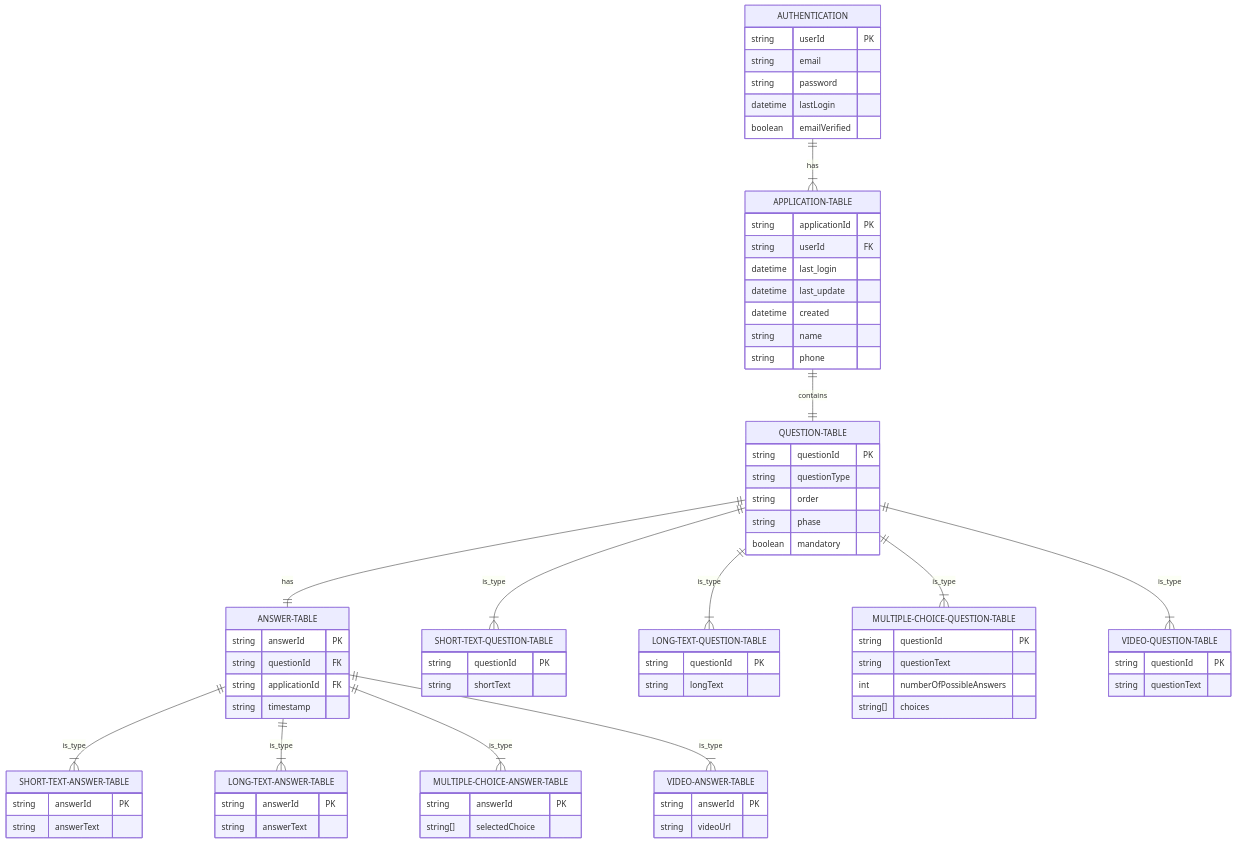
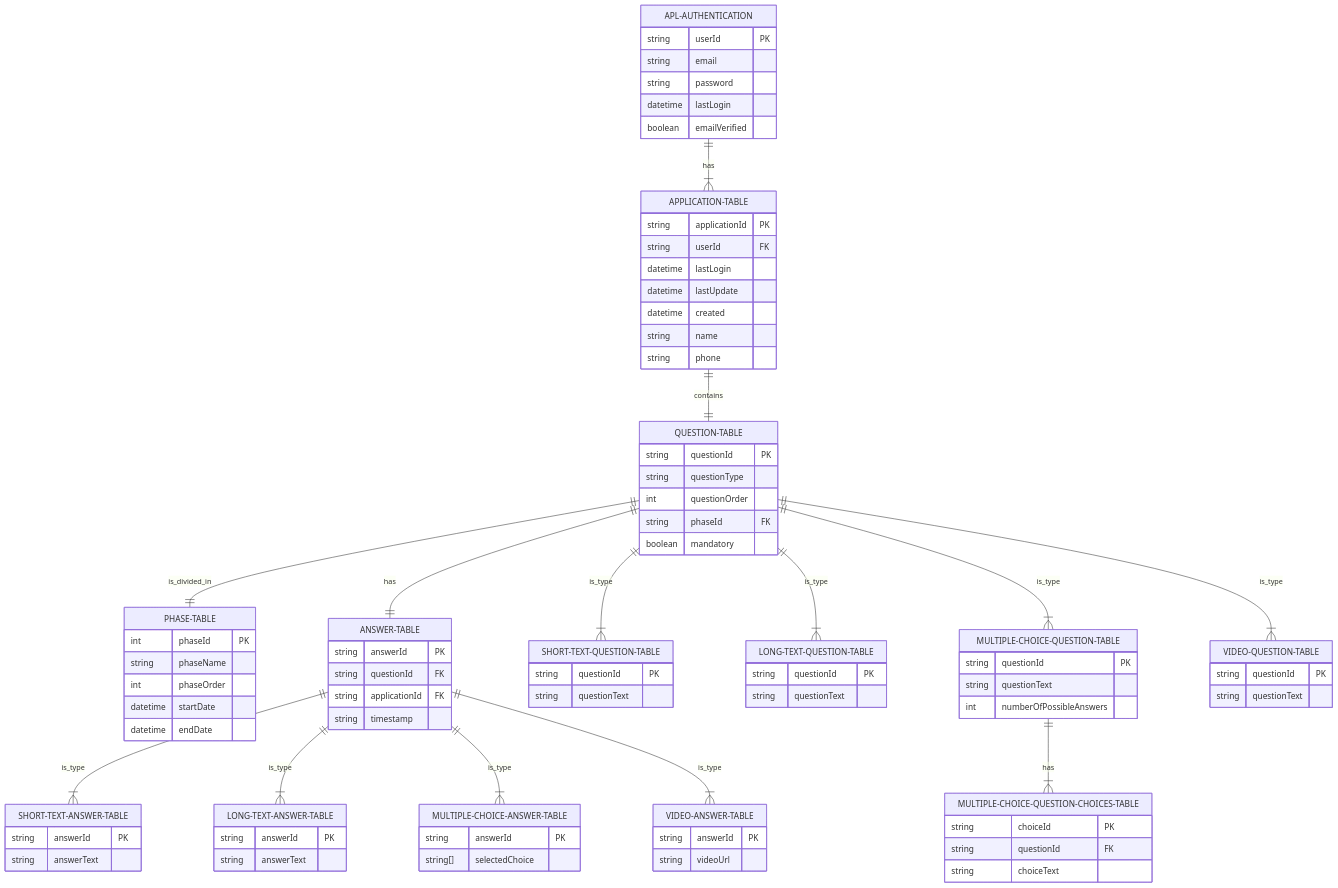
One commit to Interperle/application-platform changed the diagram in backend/README.md. Above: the diagram before and after it, drawn with Mermaid.

Commit message:
Fixed ER-Diagram

````diff
--- a/backend/README.md
+++ b/backend/README.md
@@ -5,7 +5,8 @@
 ```mermaid
 erDiagram
-    AUTHENTICATION ||--|{ APPLICATION-TABLE : has
+    APL-AUTHENTICATION ||--|{ APPLICATION-TABLE : has
     APPLICATION-TABLE ||--|| QUESTION-TABLE : contains
+    QUESTION-TABLE ||--|| PHASE-TABLE : is_divided_in
     QUESTION-TABLE ||--|| ANSWER-TABLE : has
     ANSWER-TABLE ||--|{ SHORT-TEXT-ANSWER-TABLE : is_type
     ANSWER-TABLE ||--|{ LONG-TEXT-ANSWER-TABLE : is_type
@@ -15,8 +16,9 @@
     QUESTION-TABLE ||--|{ LONG-TEXT-QUESTION-TABLE : is_type
     QUESTION-TABLE ||--|{ MULTIPLE-CHOICE-QUESTION-TABLE : is_type
     QUESTION-TABLE ||--|{ VIDEO-QUESTION-TABLE : is_type
+    MULTIPLE-CHOICE-QUESTION-TABLE ||--|{ MULTIPLE-CHOICE-QUESTION-CHOICES-TABLE : has
 
-    AUTHENTICATION {
+    APL-AUTHENTICATION {
         string userId PK
         string email
         string password
@@ -27,18 +29,26 @@
     APPLICATION-TABLE {
         string applicationId PK
         string userId FK
-        datetime last_login
-        datetime last_update
+        datetime lastLogin
+        datetime lastUpdate
         datetime created
         string name
         string phone
     }
 
+    PHASE-TABLE {
+        int phaseId PK
+        string phaseName
+        int phaseOrder
+        datetime startDate
+        datetime endDate
+    }
+
     QUESTION-TABLE {
         string questionId PK
         string questionType
-        string order
-        string phase
+        int questionOrder
+        string phaseId FK
         boolean mandatory
     }
     
@@ -50,20 +60,25 @@
     }
 
     SHORT-TEXT-QUESTION-TABLE {
-    string questionId PK
-    string shortText
+        string questionId PK
+        string questionText
     }
     
     LONG-TEXT-QUESTION-TABLE {
-    string questionId PK
-    string longText
+        string questionId PK
+        string questionText
     }
     
     MULTIPLE-CHOICE-QUESTION-TABLE {
         string questionId PK
         string questionText
         int numberOfPossibleAnswers
-        string[] choices
+    }
+
+    MULTIPLE-CHOICE-QUESTION-CHOICES-TABLE {
+        string choiceId PK
+        string questionId FK
+        string choiceText
     }
     
     VIDEO-QUESTION-TABLE {
````
